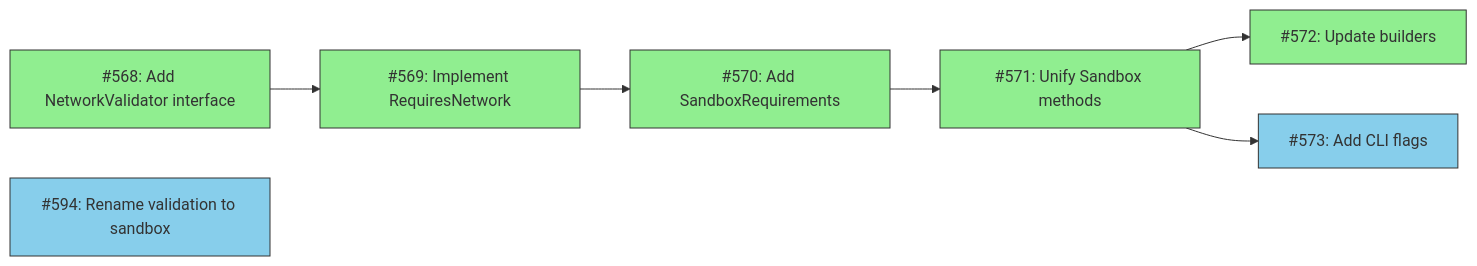
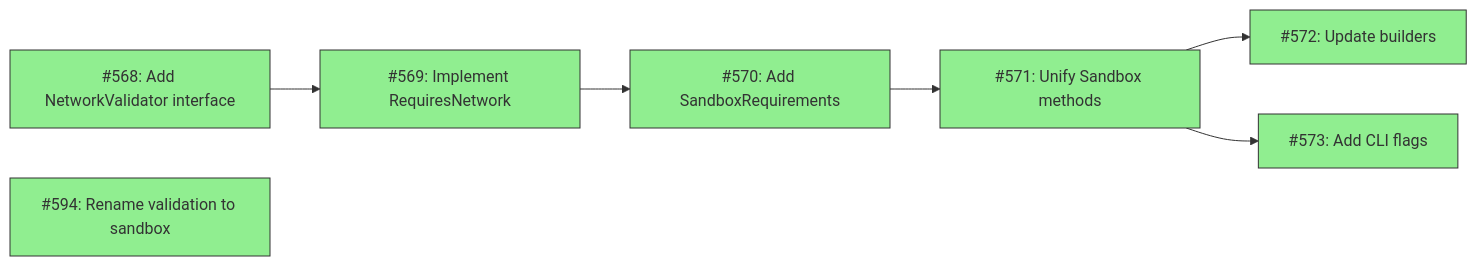
The diagram in docs/DESIGN-install-sandbox.md (tsukumogami/tsuku), drawn with Mermaid before and after one commit. The commit also changed other lines of this file and 19 other files, not shown here.

First line of the commit message:
feat(cli): add --sandbox and --recipe flags to install (#597)

````diff
--- a/docs/DESIGN-install-sandbox.md
+++ b/docs/DESIGN-install-sandbox.md
@@ -23,13 +23,13 @@
 ```mermaid
 graph LR
     classDef done fill:#90EE90,stroke:#333
     classDef ready fill:#87CEEB,stroke:#333
     classDef blocked fill:#FFB6C1,stroke:#333
 
     I568[#568: Add NetworkValidator interface]:::done --> I569[#569: Implement RequiresNetwork]:::done
     I569 --> I570[#570: Add SandboxRequirements]:::done
     I570 --> I571[#571: Unify Sandbox methods]:::done
     I571 --> I572[#572: Update builders]:::done
-    I571 --> I573[#573: Add CLI flags]:::ready
-    I594[#594: Rename validation to sandbox]:::ready
+    I571 --> I573[#573: Add CLI flags]:::done
+    I594[#594: Rename validation to sandbox]:::done
 ```
````
